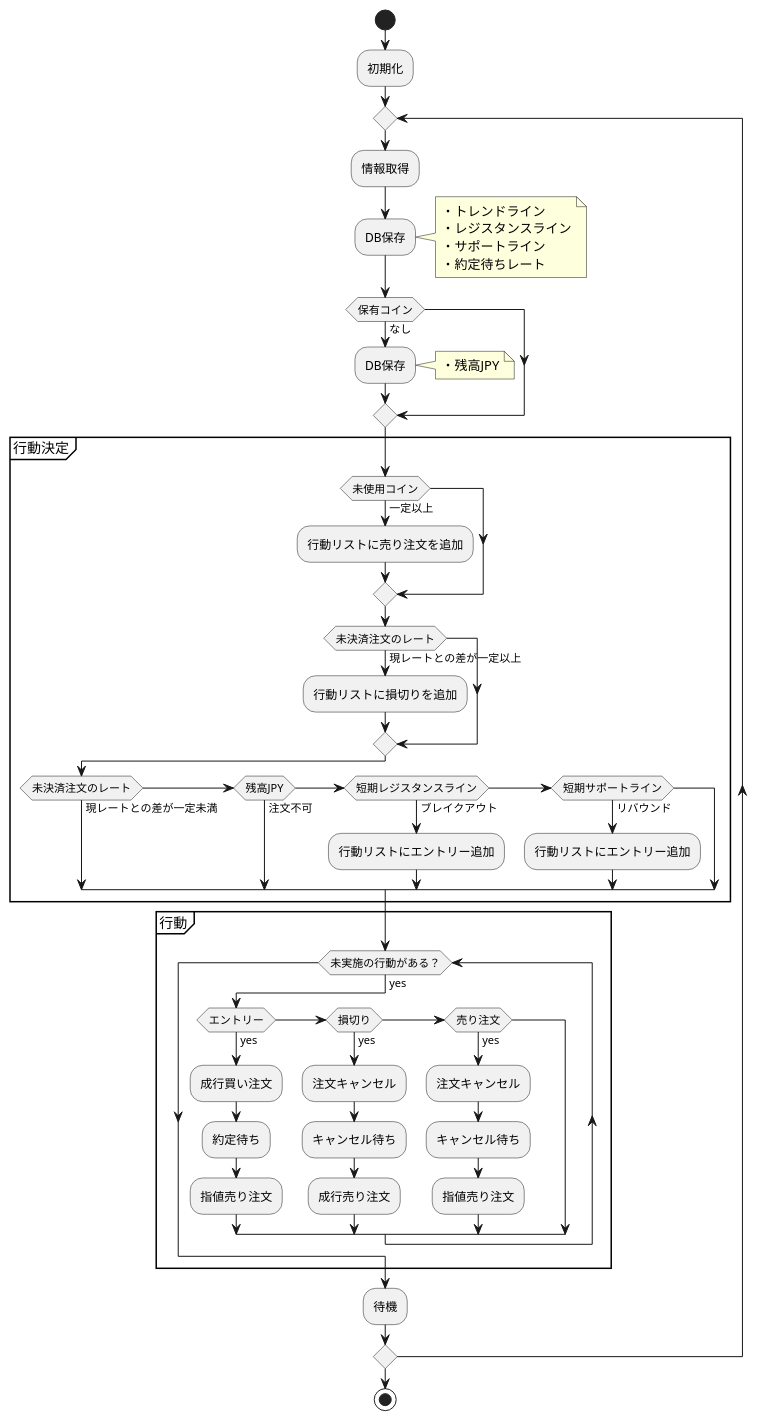
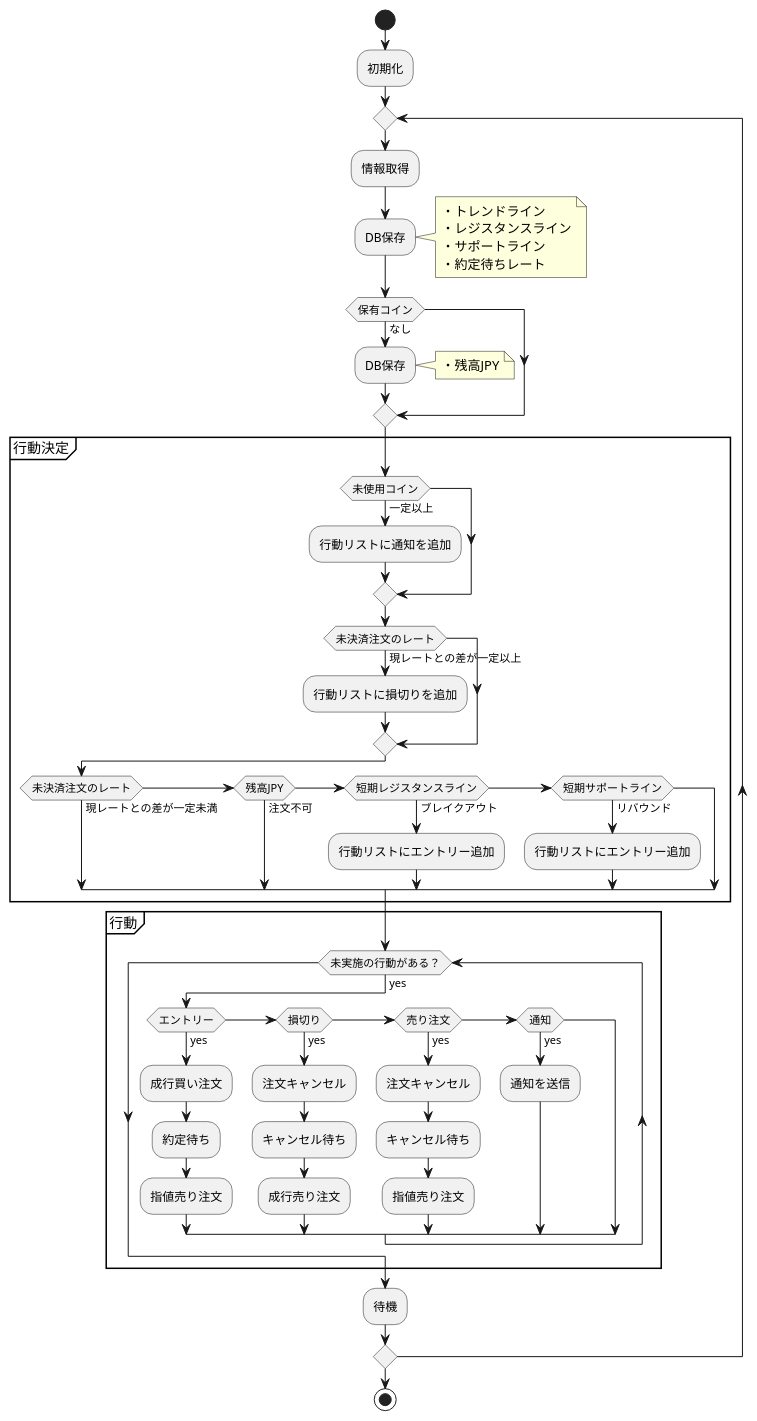
Before and after one commit to canpok1/trading-bot-rust: the diagram in docs/bot.plantuml, drawn with PlantUML. The commit also changed 4 other files, not shown here.

```diff
--- a/docs/bot.plantuml
+++ b/docs/bot.plantuml
@@ -1,63 +1,65 @@
 @startuml trading-bot-rust
 start
 
 :初期化;
 
 repeat
     :情報取得;
 
     :DB保存;
     note right
         ・トレンドライン
         ・レジスタンスライン
         ・サポートライン
         ・約定待ちレート
     end note
 
     if (保有コイン) then (なし)
         :DB保存;
         note right
             ・残高JPY
         end note
     endif
 
     partition 行動決定 {
         if (未使用コイン) then (一定以上)
-            :行動リストに売り注文を追加;
+            :行動リストに通知を追加;
         endif
 
         if (未決済注文のレート) then (現レートとの差が一定以上)
             :行動リストに損切りを追加;
         endif
         if (未決済注文のレート) then (現レートとの差が一定未満)
         elseif (残高JPY) then (注文不可)
         elseif (短期レジスタンスライン) then (ブレイクアウト)
             :行動リストにエントリー追加;
         elseif (短期サポートライン) then (リバウンド)
             :行動リストにエントリー追加;
         endif
     }
 
     partition 行動 {
         while (未実施の行動がある？) is (yes)
             if (エントリー) then (yes)
                 :成行買い注文;
                 :約定待ち;
                 :指値売り注文;
             elseif (損切り) then (yes)
                 :注文キャンセル;
                 :キャンセル待ち;
                 :成行売り注文;
             elseif (売り注文) then (yes)
                 :注文キャンセル;
                 :キャンセル待ち;
                 :指値売り注文;
+            elseif (通知) then (yes)
+                :通知を送信;
             endif
         endwhile
     }
 
     :待機;
 repeat while
 
 stop
 @enduml
```
